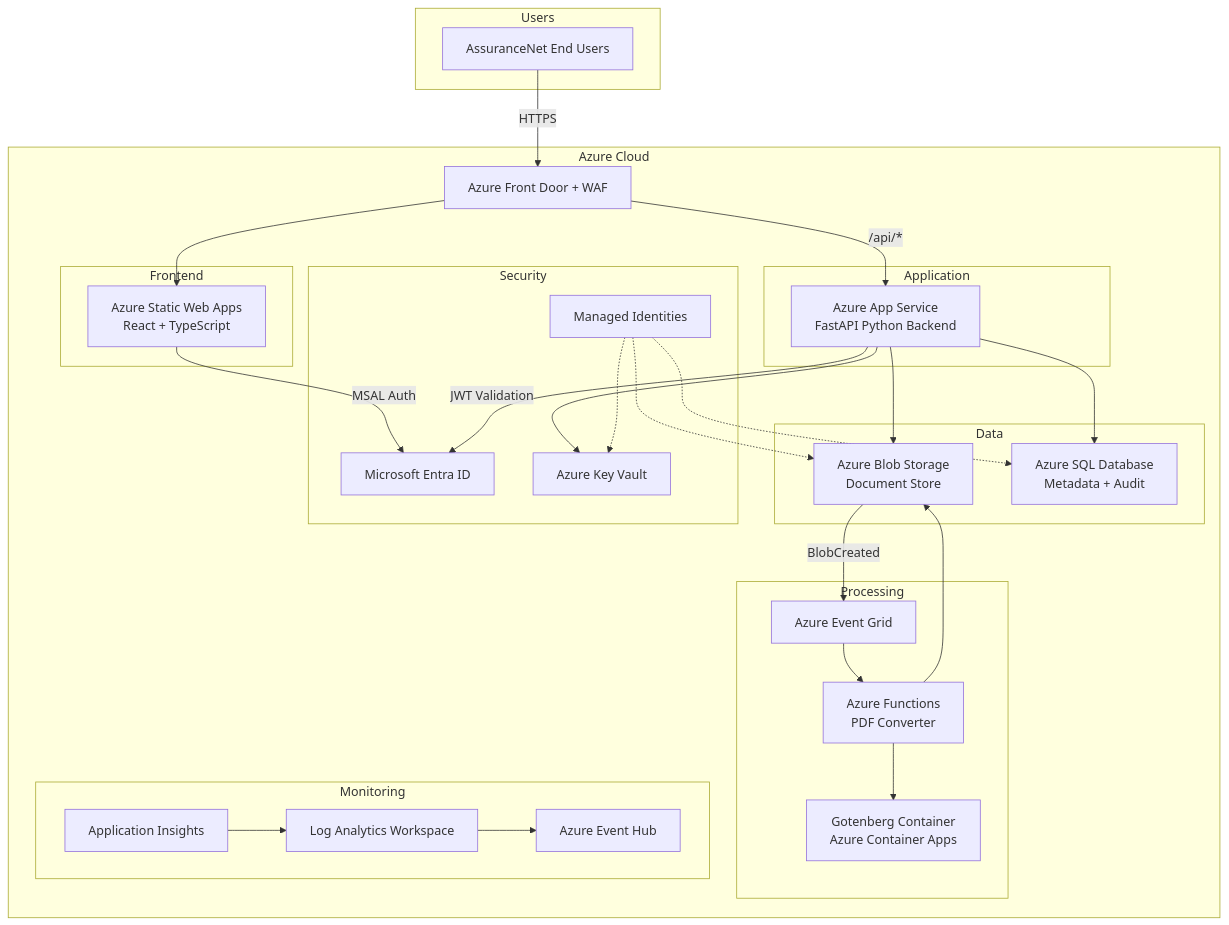
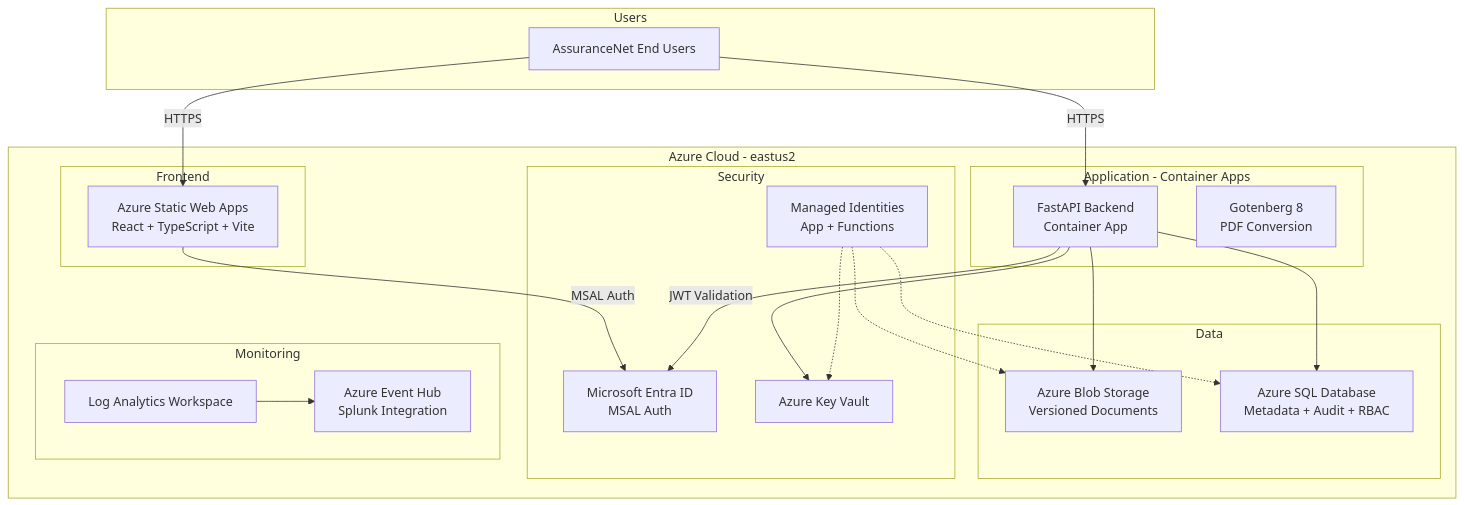
One commit to fgarofalo56/ucm-azure-native-demo changed the diagram in docs/architecture/high-level-architecture.md. Above: the diagram before and after it, drawn with Mermaid. The commit also changed other lines of this file and 7 other files, not shown here.

First line of the commit message:
docs: update architecture docs and diagrams to match deployed state

````diff
--- a/docs/architecture/high-level-architecture.md
+++ b/docs/architecture/high-level-architecture.md
@@ -26,59 +26,45 @@
 ```mermaid
 graph TB
     subgraph Users
         EU[AssuranceNet End Users]
     end
 
-    subgraph Azure Cloud
+    subgraph Azure Cloud - eastus2
         subgraph Frontend
-            SWA[Azure Static Web Apps<br/>React + TypeScript]
+            SWA[Azure Static Web Apps<br/>React + TypeScript + Vite]
         end
 
-        subgraph Application
-            API[Azure App Service<br/>FastAPI Python Backend]
-        end
-
-        subgraph Processing
-            EG[Azure Event Grid]
-            AF[Azure Functions<br/>PDF Converter]
-            GOT[Gotenberg Container<br/>Azure Container Apps]
+        subgraph Application - Container Apps
+            API[FastAPI Backend<br/>Container App]
+            GOT[Gotenberg 8<br/>PDF Conversion]
         end
 
         subgraph Data
-            BLOB[Azure Blob Storage<br/>Document Store]
-            SQL[Azure SQL Database<br/>Metadata + Audit]
+            BLOB[Azure Blob Storage<br/>Versioned Documents]
+            SQL[Azure SQL Database<br/>Metadata + Audit + RBAC]
         end
 
         subgraph Security
-            ENTRA[Microsoft Entra ID]
+            ENTRA[Microsoft Entra ID<br/>MSAL Auth]
             KV[Azure Key Vault]
-            MI[Managed Identities]
+            MI[Managed Identities<br/>App + Functions]
         end
 
         subgraph Monitoring
-            AI[Application Insights]
-            LA[Log Analytics Workspace]
-            EH[Azure Event Hub]
+            LAW[Log Analytics Workspace]
+            EH[Azure Event Hub<br/>Splunk Integration]
         end
-
-        FD[Azure Front Door + WAF]
     end
 
-    EU -->|HTTPS| FD
-    FD --> SWA
-    FD -->|/api/*| API
+    EU -->|HTTPS| SWA
+    EU -->|HTTPS| API
     SWA -->|MSAL Auth| ENTRA
     API -->|JWT Validation| ENTRA
     API --> BLOB
     API --> SQL
-    BLOB -->|BlobCreated| EG
-    EG --> AF
-    AF --> GOT
-    AF --> BLOB
     API --> KV
     MI -.-> BLOB
     MI -.-> SQL
     MI -.-> KV
-    AI --> LA
-    LA --> EH
+    LAW --> EH
 ```
````
